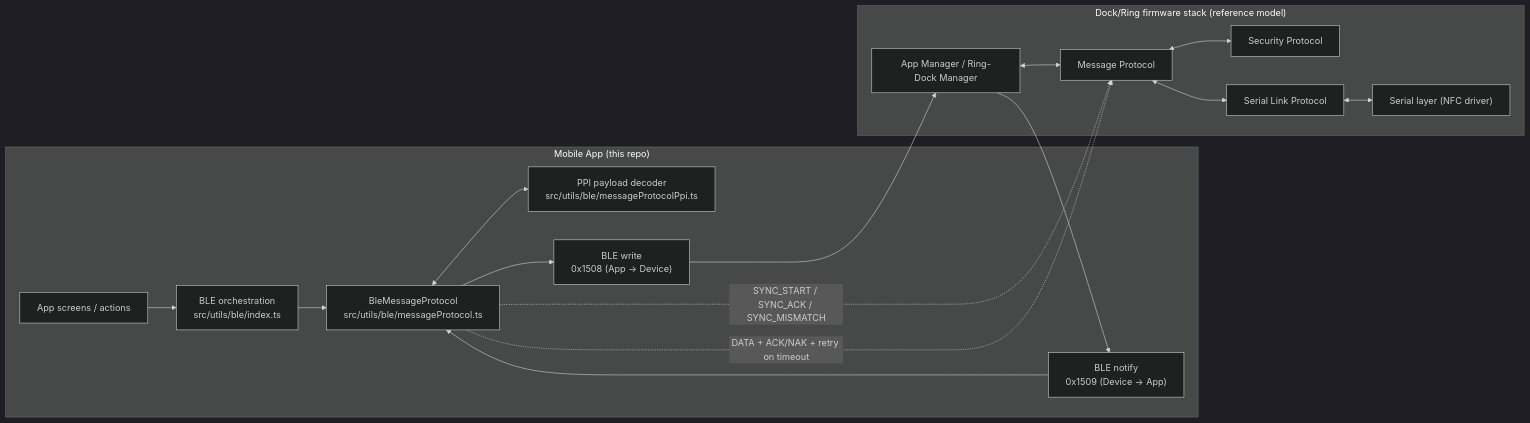
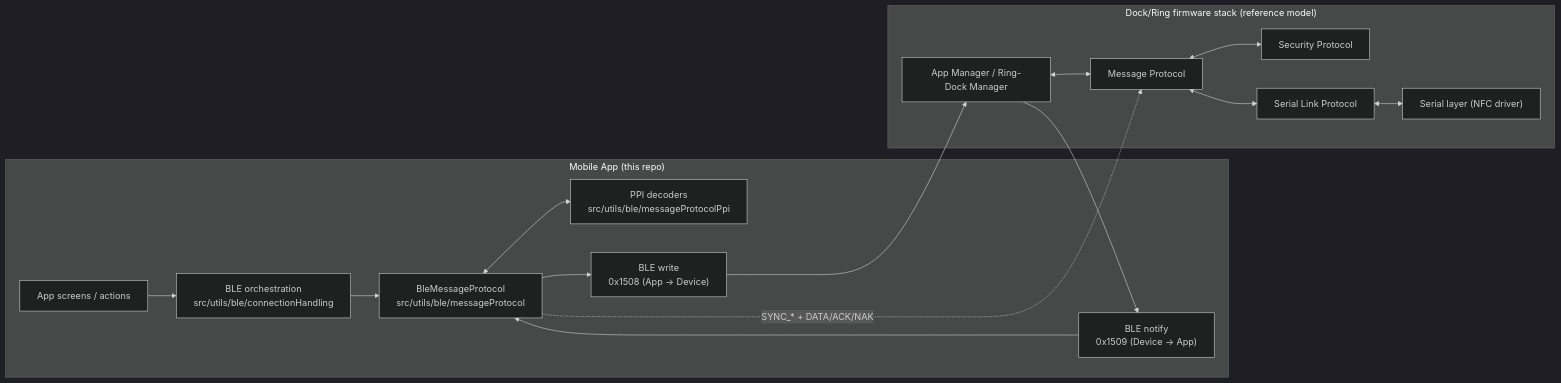
Before and after one commit to jasmine10xbeta/validose-mobile-app-copy: the diagram in src/utils/ble/README.md, drawn with Mermaid (dark theme). The commit also changed other lines of this file and 513 other files, not shown here.

````diff
--- a/src/utils/ble/README.md
+++ b/src/utils/ble/README.md
@@ -26,35 +56,34 @@
 ```mermaid
 flowchart LR
   subgraph App["Mobile App (this repo)"]
     UI["App screens / actions"]
-    ORCH["BLE orchestration<br/>src/utils/ble/index.ts"]
-    MP["BleMessageProtocol<br/>src/utils/ble/messageProtocol.ts"]
-    PPI["PPI payload decoder<br/>src/utils/ble/messageProtocolPpi.ts"]
+    ORCH["BLE orchestration<br/>src/utils/ble/connectionHandling"]
+    MP["BleMessageProtocol<br/>src/utils/ble/messageProtocol"]
+    PPI["PPI decoders<br/>src/utils/ble/messageProtocolPpi"]
     BLETX["BLE write<br/>0x1508 (App -> Device)"]
     BLERX["BLE notify<br/>0x1509 (Device -> App)"]
 
     UI --> ORCH
     ORCH --> MP
     MP <--> PPI
     MP --> BLETX
     BLERX --> MP
   end
 
   subgraph Firmware["Dock/Ring firmware stack (reference model)"]
     APPMGR["App Manager / Ring-Dock Manager"]
     FWMP["Message Protocol"]
     SECP["Security Protocol"]
     SLP["Serial Link Protocol"]
     SERIAL["Serial layer (NFC driver)"]
 
     APPMGR <--> FWMP
     FWMP <--> SECP
     FWMP <--> SLP
     SLP <--> SERIAL
   end
 
   BLETX --> APPMGR
   APPMGR --> BLERX
-  MP -. "SYNC_START / SYNC_ACK / SYNC_MISMATCH" .-> FWMP
-  MP -. "DATA + ACK/NAK + retry on timeout" .-> FWMP
+  MP -. "SYNC_* + DATA/ACK/NAK" .-> FWMP
 ```
````
